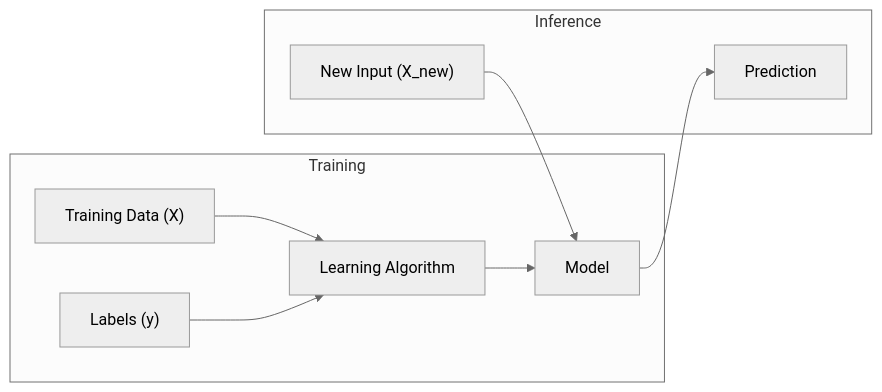
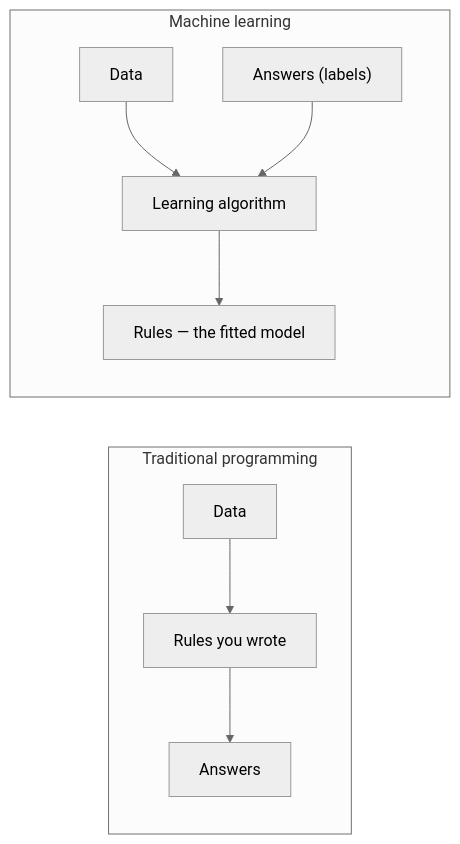
Before and after one commit to Ravikisha/PythonCentralHub: the diagram in src/content/docs/Machine Learning/Phase 01 - The ML Foundation/ML vs Traditional Programming.mdx, drawn with Mermaid (neutral theme). The commit also changed other lines of this file and 1327 other files, not shown here.

````diff
--- a/src/content/docs/Machine Learning/Phase 01 - The ML Foundation/ML vs Traditional Programming.mdx
+++ b/src/content/docs/Machine Learning/Phase 01 - The ML Foundation/ML vs Traditional Programming.mdx
@@ -43,12 +27,12 @@
 ```mermaid
 flowchart LR
-  subgraph Training
-    D["Training Data (X)"] --> A[Learning Algorithm]
-    L["Labels (y)"] --> A
-    A --> M[Model]
+  subgraph TP["Traditional programming"]
+    D1["Data"] --> P1["Rules you wrote"]
+    P1 --> A1["Answers"]
   end
-
-  subgraph Inference
-    N["New Input (X_new)"] --> M --> P[Prediction]
+  subgraph ML["Machine learning"]
+    D2["Data"] --> P2["Learning algorithm"]
+    A2["Answers (labels)"] --> P2
+    P2 --> R2["Rules — the fitted model"]
   end
 ```
````
